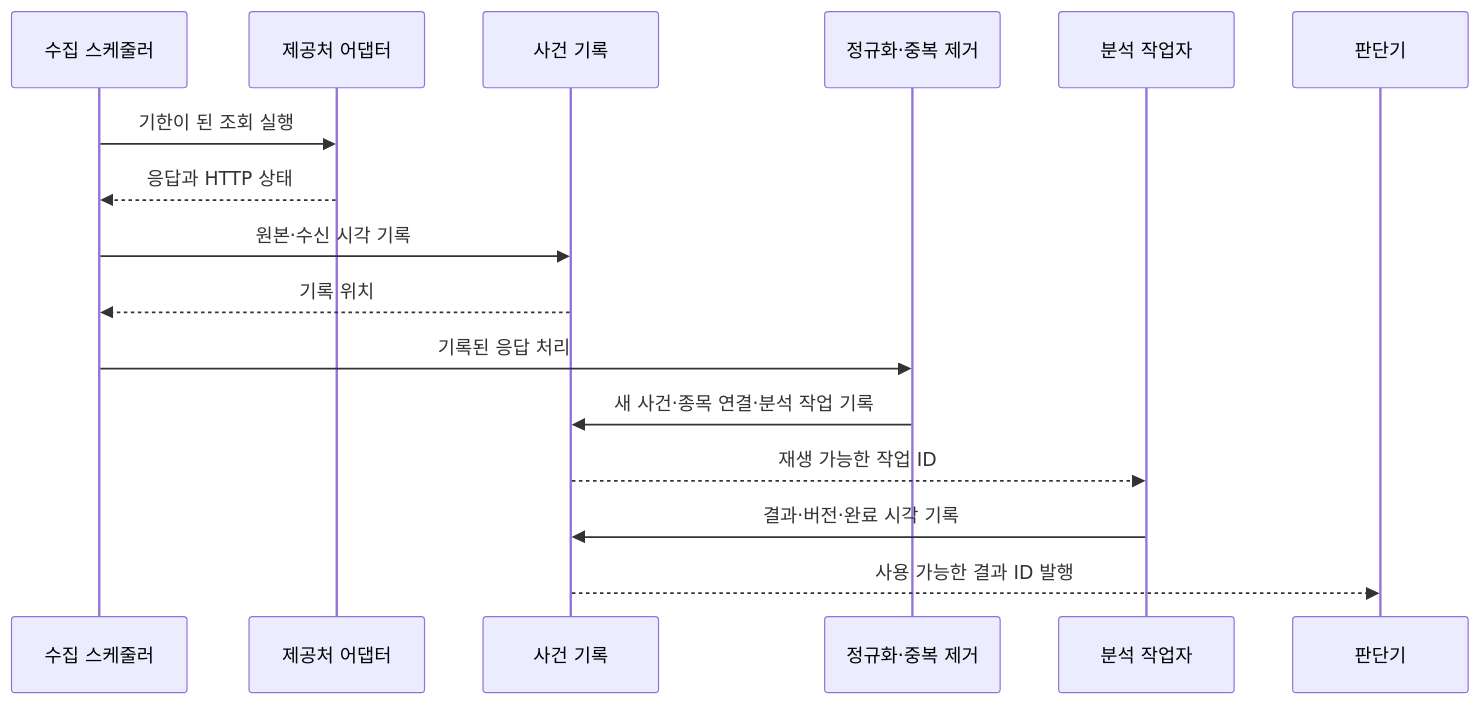
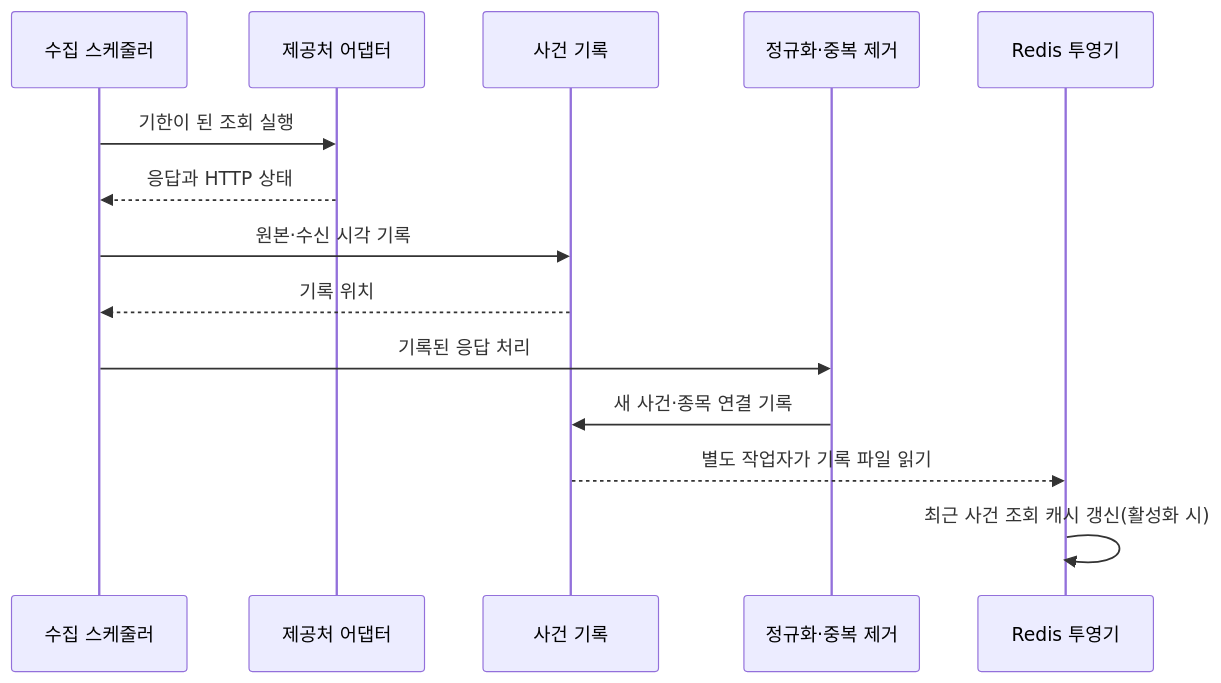
The second of 2 diagrams in docs/lld/03-event-data.md (ShinYEB/Auto-helm), drawn with Mermaid before and after one commit. The commit also changed other lines of this file and 7 other files, not shown here.

Commit message:
Align event data design with collection and add blog diagram

````diff
--- a/docs/lld/03-event-data.md
+++ b/docs/lld/03-event-data.md
@@ -52,18 +52,16 @@
 ```mermaid
 sequenceDiagram
     participant S as 수집 스케줄러
     participant A as 제공처 어댑터
     participant J as 사건 기록
     participant N as 정규화·중복 제거
-    participant Q as 분석 작업자
-    participant D as 판단기
+    participant C as Redis 투영기
     S->>A: 기한이 된 조회 실행
     A-->>S: 응답과 HTTP 상태
     S->>J: 원본·수신 시각 기록
     J-->>S: 기록 위치
     S->>N: 기록된 응답 처리
-    N->>J: 새 사건·종목 연결·분석 작업 기록
-    J-->>Q: 재생 가능한 작업 ID
-    Q->>J: 결과·버전·완료 시각 기록
-    J-->>D: 사용 가능한 결과 ID 발행
+    N->>J: 새 사건·종목 연결 기록
+    J-->>C: 별도 작업자가 기록 파일 읽기
+    C->>C: 최근 사건 조회 캐시 갱신(활성화 시)
 ```
````
